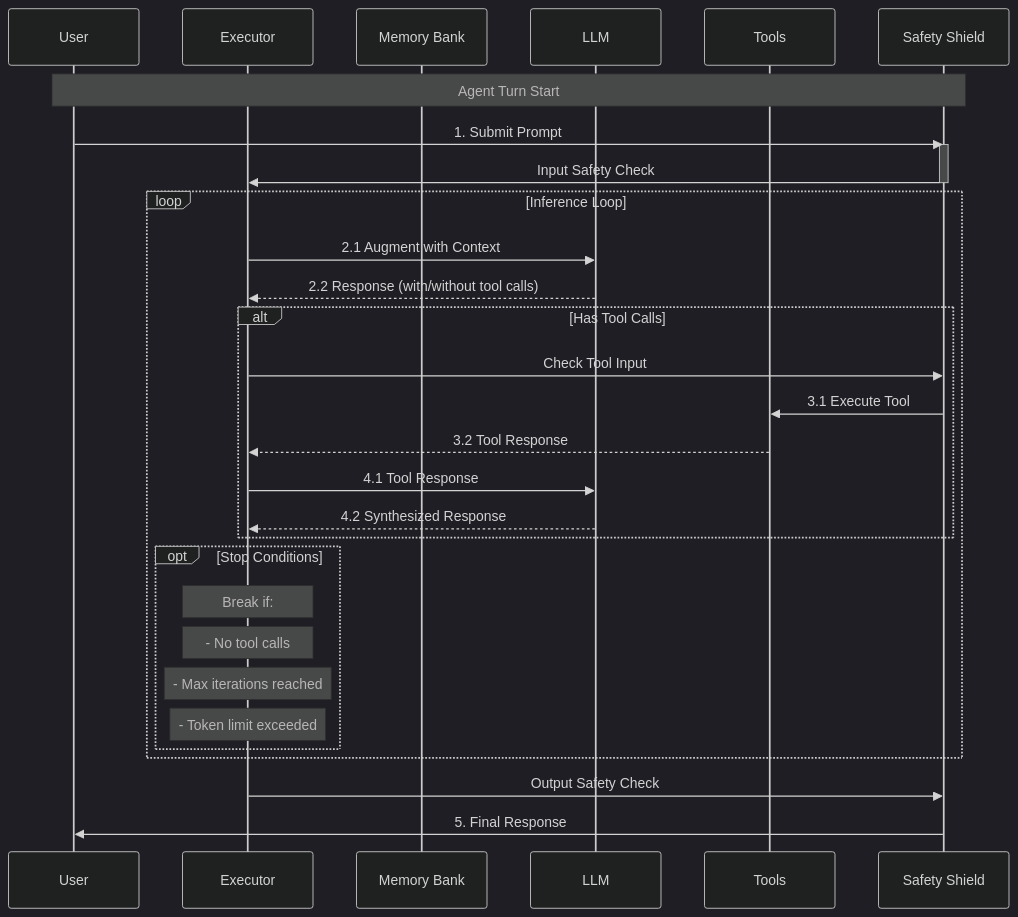
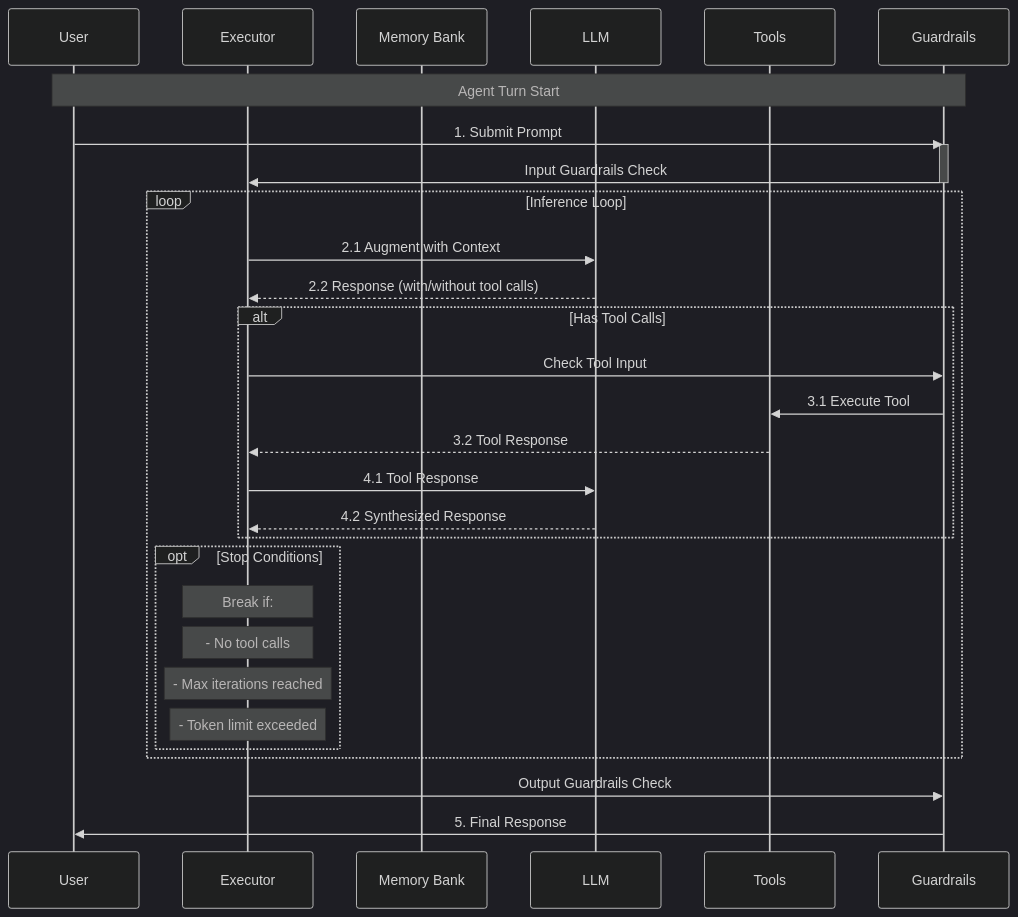
One commit to llamastack/llama-stack changed the diagram in docs/docs/building_applications/agent_execution_loop.mdx. Above: the diagram before and after it, drawn with Mermaid (dark theme). The commit also changed other lines of this file and 899 other files, not shown here.

````diff
--- a/docs/docs/building_applications/agent_execution_loop.mdx
+++ b/docs/docs/building_applications/agent_execution_loop.mdx
@@ -42,38 +42,38 @@
 ```mermaid
 sequenceDiagram
     participant U as User
     participant E as Executor
     participant M as Memory Bank
     participant L as LLM
     participant T as Tools
-    participant S as Safety Shield
+    participant S as Guardrails
 
     Note over U,S: Agent Turn Start
     U->>S: 1. Submit Prompt
     activate S
-    S->>E: Input Safety Check
+    S->>E: Input Guardrails Check
     deactivate S
 
     loop Inference Loop
         E->>L: 2.1 Augment with Context
         L-->>E: 2.2 Response (with/without tool calls)
 
         alt Has Tool Calls
             E->>S: Check Tool Input
             S->>T: 3.1 Execute Tool
             T-->>E: 3.2 Tool Response
             E->>L: 4.1 Tool Response
             L-->>E: 4.2 Synthesized Response
         end
 
         opt Stop Conditions
             Note over E: Break if:
             Note over E: - No tool calls
             Note over E: - Max iterations reached
             Note over E: - Token limit exceeded
         end
     end
 
-    E->>S: Output Safety Check
+    E->>S: Output Guardrails Check
     S->>U: 5. Final Response
 ```
````
